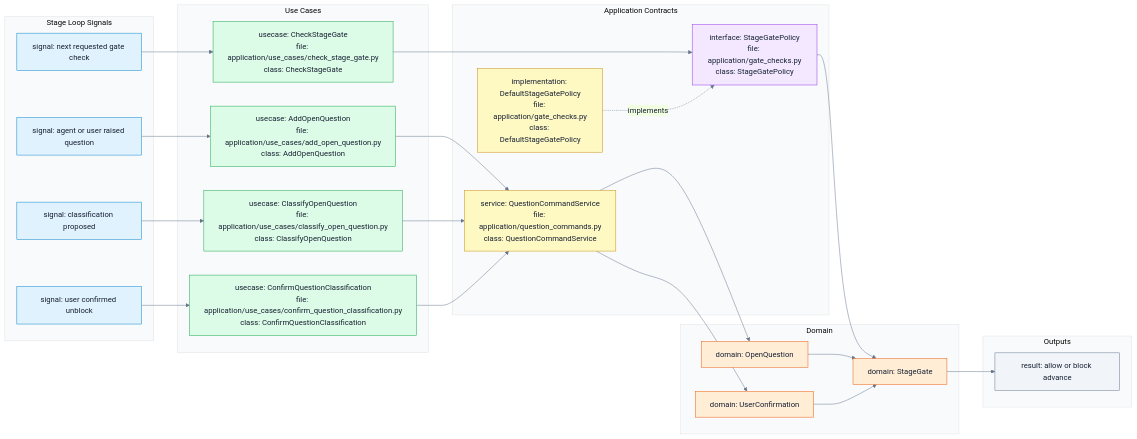
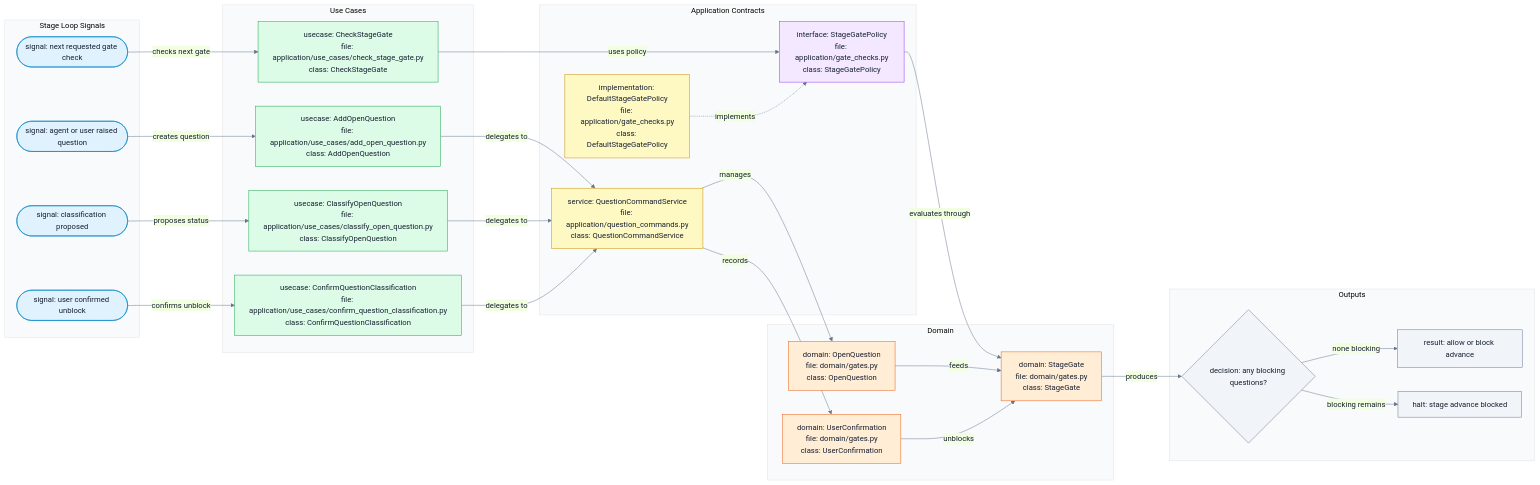
The diagram in .enclosure/plans/planning-workflow/epics/stage-gates-open-questions/flows.mermaid (9orky/enclosure), drawn with Mermaid before and after one commit. The commit also changed 30 other files, not shown here.

```diff
--- a/.enclosure/plans/planning-workflow/epics/stage-gates-open-questions/flows.mermaid
+++ b/.enclosure/plans/planning-workflow/epics/stage-gates-open-questions/flows.mermaid
@@ -1,61 +1,65 @@
 %% contract: flow
 %%{init: {"theme": "base", "themeVariables": {"primaryColor": "#e0f2fe", "primaryTextColor": "#172033", "primaryBorderColor": "#0284c7", "lineColor": "#64748b", "tertiaryColor": "#f8fafc"}}}%%
 flowchart LR
     subgraph signals["Stage Loop Signals"]
-      signal_add["signal: agent or user raised question"]
-      signal_classify["signal: classification proposed"]
-      signal_confirm["signal: user confirmed unblock"]
-      signal_check["signal: next requested gate check"]
+      signal_add(["signal: agent or user raised question"])
+      signal_classify(["signal: classification proposed"])
+      signal_confirm(["signal: user confirmed unblock"])
+      signal_check(["signal: next requested gate check"])
     end
 
     subgraph use_cases["Use Cases"]
       uc_add["usecase: AddOpenQuestion\nfile: application/use_cases/add_open_question.py\nclass: AddOpenQuestion"]
       uc_classify["usecase: ClassifyOpenQuestion\nfile: application/use_cases/classify_open_question.py\nclass: ClassifyOpenQuestion"]
       uc_confirm["usecase: ConfirmQuestionClassification\nfile: application/use_cases/confirm_question_classification.py\nclass: ConfirmQuestionClassification"]
       uc_gate["usecase: CheckStageGate\nfile: application/use_cases/check_stage_gate.py\nclass: CheckStageGate"]
     end
 
     subgraph domain_layer["Domain"]
-      question["domain: OpenQuestion"]
-      confirmation["domain: UserConfirmation"]
-      gate["domain: StageGate"]
+      question["domain: OpenQuestion\nfile: domain/gates.py\nclass: OpenQuestion"]
+      confirmation["domain: UserConfirmation\nfile: domain/gates.py\nclass: UserConfirmation"]
+      gate["domain: StageGate\nfile: domain/gates.py\nclass: StageGate"]
     end
 
     subgraph application_contracts["Application Contracts"]
       question_commands["service: QuestionCommandService\nfile: application/question_commands.py\nclass: QuestionCommandService"]
       gate_policy["interface: StageGatePolicy\nfile: application/gate_checks.py\nclass: StageGatePolicy"]
       default_gate_policy["implementation: DefaultStageGatePolicy\nfile: application/gate_checks.py\nclass: DefaultStageGatePolicy"]
     end
 
     subgraph outputs["Outputs"]
+      gate_decision{"decision: any blocking questions?"}
       decision["result: allow or block advance"]
+      blocked["halt: stage advance blocked"]
     end
 
-    signal_add --> uc_add
-    signal_classify --> uc_classify
-    signal_confirm --> uc_confirm
-    signal_check --> uc_gate
-    uc_add --> question_commands
-    uc_classify --> question_commands
-    uc_confirm --> question_commands
-    uc_gate --> gate_policy
-    question_commands --> question
-    question_commands --> confirmation
-    gate_policy --> gate
+    signal_add -->|creates question| uc_add
+    signal_classify -->|proposes status| uc_classify
+    signal_confirm -->|confirms unblock| uc_confirm
+    signal_check -->|checks next gate| uc_gate
+    uc_add -->|delegates to| question_commands
+    uc_classify -->|delegates to| question_commands
+    uc_confirm -->|delegates to| question_commands
+    uc_gate -->|uses policy| gate_policy
+    question_commands -->|manages| question
+    question_commands -->|records| confirmation
+    gate_policy -->|evaluates through| gate
     default_gate_policy -. implements .-> gate_policy
-    question --> gate
-    confirmation --> gate
-    gate --> decision
+    question -->|feeds| gate
+    confirmation -->|unblocks| gate
+    gate -->|produces| gate_decision
+    gate_decision -->|none blocking| decision
+    gate_decision -->|blocking remains| blocked
 
     classDef signal fill:#e0f2fe,stroke:#0284c7,color:#172033;
     classDef usecase fill:#dcfce7,stroke:#16a34a,color:#172033;
     classDef domain fill:#ffedd5,stroke:#ea580c,color:#172033;
     classDef service fill:#fef9c3,stroke:#ca8a04,color:#172033;
     classDef interface fill:#f3e8ff,stroke:#9333ea,color:#172033;
     classDef output fill:#f1f5f9,stroke:#64748b,color:#172033;
     class signal_add,signal_classify,signal_confirm,signal_check signal;
     class uc_add,uc_classify,uc_confirm,uc_gate usecase;
     class question,confirmation,gate domain;
     class question_commands,default_gate_policy service;
     class gate_policy interface;
-    class decision output;
+    class gate_decision,decision,blocked output;
```
